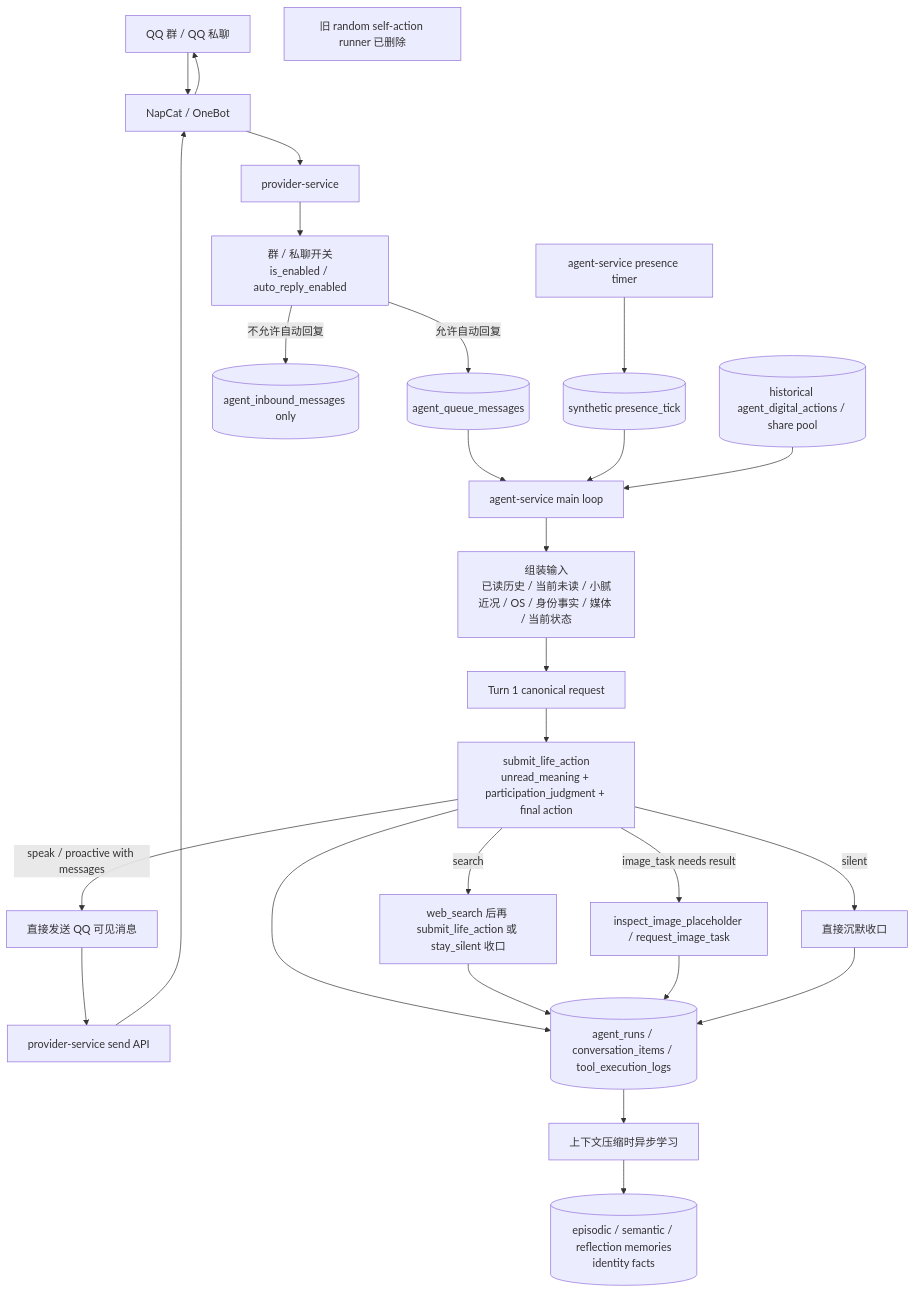
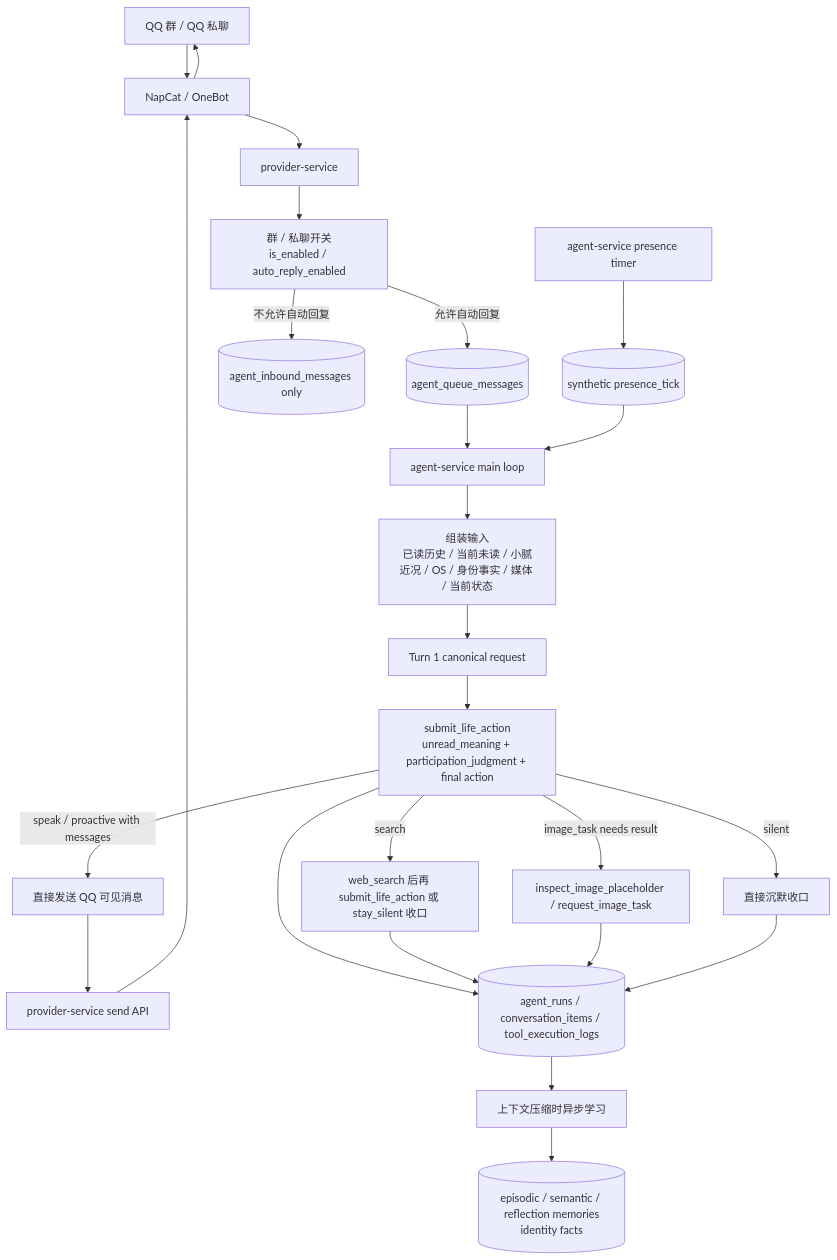
One commit to Hei-AI/xiaoni_cc changed the first of 3 diagrams in docs/XIAONI_SPEAKING_FLOW.md. Above: the diagram before and after it, drawn with Mermaid. The commit also changed other lines of this file and 15 other files, not shown here.

````diff
--- a/docs/XIAONI_SPEAKING_FLOW.md
+++ b/docs/XIAONI_SPEAKING_FLOW.md
@@ -13,34 +13,32 @@
 ```mermaid
 flowchart TD
   QQ[QQ 群 / QQ 私聊] --> NapCat[NapCat / OneBot]
   NapCat --> Provider[provider-service]
 
   Provider --> Policy[群 / 私聊开关<br/>is_enabled / auto_reply_enabled]
   Policy -->|允许自动回复| Queue[(agent_queue_messages)]
   Policy -->|不允许自动回复| InboxOnly[(agent_inbound_messages only)]
 
   Queue --> Loop[agent-service main loop]
   Loop --> Context[组装输入<br/>已读历史 / 当前未读 / 小腻近况 / OS / 身份事实 / 媒体 / 当前状态]
   Context --> Request[Turn 1 canonical request]
   Request --> LifeAction[submit_life_action<br/>unread_meaning + participation_judgment + final action]
 
   LifeAction -->|speak / proactive with messages| Send[直接发送 QQ 可见消息]
   LifeAction -->|silent| Silent[直接沉默收口]
   LifeAction -->|search| Search[web_search 后再 submit_life_action 或 stay_silent 收口]
   LifeAction -->|image_task needs result| ImageTools[inspect_image_placeholder / request_image_task]
 
   Send --> ProviderSend[provider-service send API]
   ProviderSend --> NapCat --> QQ
 
   LifeAction --> Record[(agent_runs / conversation_items / tool_execution_logs)]
   Search --> Record
   ImageTools --> Record
   Silent --> Record
   Record --> Learn[上下文压缩时异步学习]
   Learn --> Memory[(episodic / semantic / reflection memories<br/>identity facts)]
 
   AgentTimer[agent-service presence timer] --> PresenceQueue[(synthetic presence_tick)]
   PresenceQueue --> Loop
-  RetiredSelfAction[旧 random self-action runner 已删除]
-  HistoricalActions[(historical agent_digital_actions / share pool)] --> Loop
 ```
````
